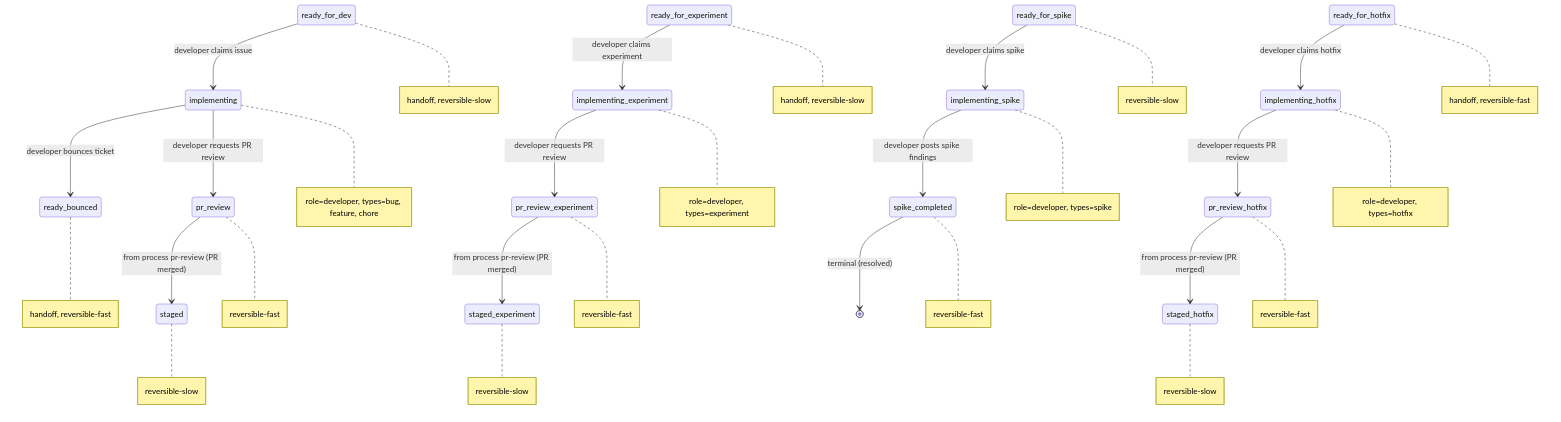
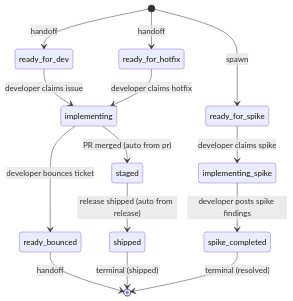
The diagram in examples/workflows/inner-loop.md (blemees/blemees-workflow), drawn with Mermaid before and after one commit. The commit also changed other lines of this file and 51 other files, not shown here.

````diff
--- a/examples/workflows/inner-loop.md
+++ b/examples/workflows/inner-loop.md
@@ -16,43 +18,24 @@
 ```mermaid
 stateDiagram-v2
+    direction TB
     %% Cross-process interfaces:
     %%   Handoff: ready_for_dev (shared resting state)
-    %%   Handoff: ready_for_experiment (shared resting state)
     %%   Handoff: ready_for_hotfix (shared resting state)
     %%   Handoff: ready_bounced (shared resting state)
     %%   Spawn:   implementing → process pr (issue_type=pr, initial=draft)
-    %%   Spawn:   implementing_experiment → process pr (issue_type=pr, initial=draft)
-    %%   Spawn:   implementing_hotfix → process pr (issue_type=pr, initial=draft)
     %%
 
     ready_for_dev --> implementing: developer claims issue
-    ready_for_experiment --> implementing_experiment: developer claims experiment
     ready_for_spike --> implementing_spike: developer claims spike
-    ready_for_hotfix --> implementing_hotfix: developer claims hotfix
+    ready_for_hotfix --> implementing: developer claims hotfix
     implementing --> ready_bounced: developer bounces ticket
-    implementing --> pr_review: developer requests PR review
-    implementing_experiment --> pr_review_experiment: developer requests PR review
-    implementing_hotfix --> pr_review_hotfix: developer requests PR review
+    implementing --> staged: PR merged (auto from pr)
+    staged --> shipped: release shipped (auto from release)
     implementing_spike --> spike_completed: developer posts spike findings
-    pr_review --> staged: from process pr-review (PR merged)
-    pr_review_experiment --> staged_experiment: from process pr-review (PR merged)
-    pr_review_hotfix --> staged_hotfix: from process pr-review (PR merged)
+    shipped --> [*]: terminal (shipped)
     spike_completed --> [*]: terminal (resolved)
-
-    note right of ready_for_dev: handoff, reversible-slow
-    note right of ready_for_experiment: handoff, reversible-slow
-    note right of ready_for_spike: reversible-slow
-    note right of ready_for_hotfix: handoff, reversible-fast
-    note right of implementing: role=developer, types=bug, feature, chore
-    note right of implementing_experiment: role=developer, types=experiment
-    note right of implementing_spike: role=developer, types=spike
-    note right of implementing_hotfix: role=developer, types=hotfix
-    note right of pr_review: reversible-fast
-    note right of pr_review_experiment: reversible-fast
-    note right of pr_review_hotfix: reversible-fast
-    note right of staged: reversible-slow
-    note right of staged_experiment: reversible-slow
-    note right of staged_hotfix: reversible-slow
-    note right of spike_completed: reversible-fast
-    note right of ready_bounced: handoff, reversible-fast
+    [*] --> ready_for_dev: handoff
+    [*] --> ready_for_hotfix: handoff
+    ready_bounced --> [*]: handoff
+    [*] --> ready_for_spike: spawn
 ```
````
